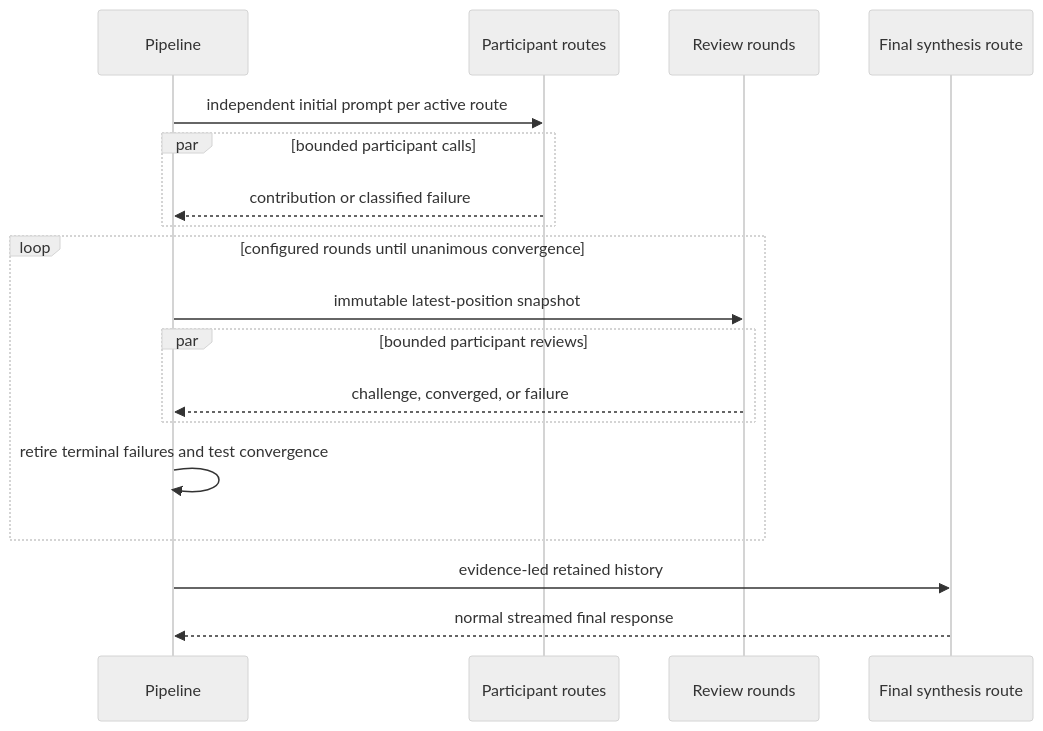
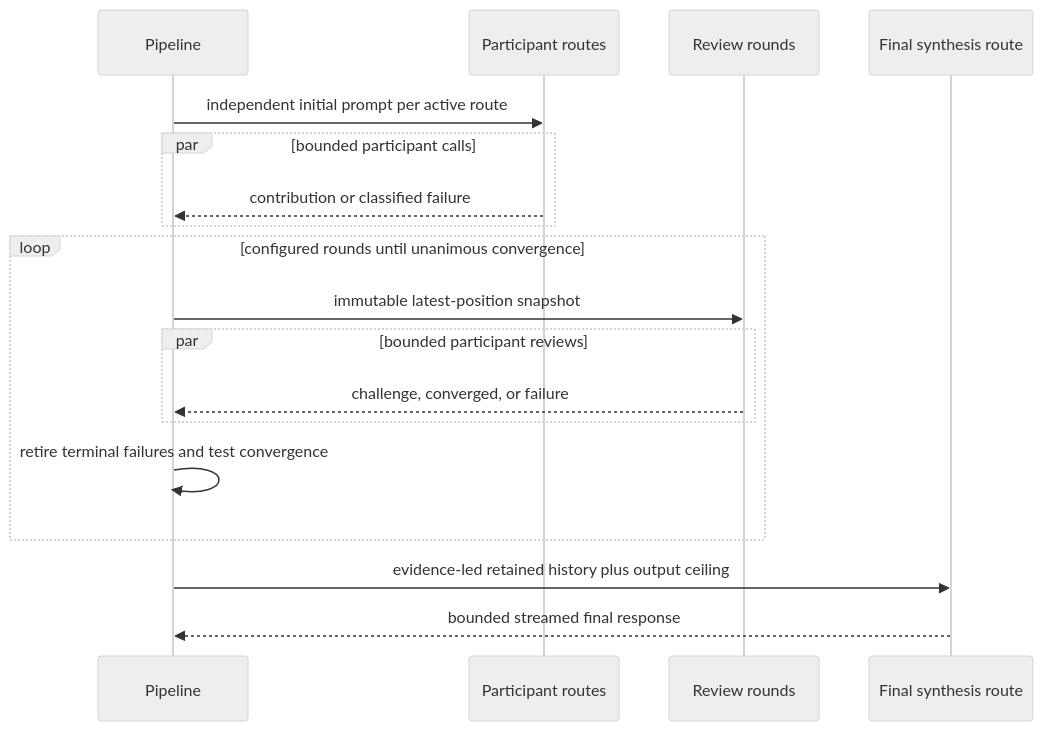
The third of 3 diagrams in src/services/voicePipeline/DESIGN.md (hurrtz/mrbroccoli), drawn with Mermaid (neutral theme) before and after one commit. The commit also changed other lines of this file and 4 other files, not shown here.

````diff
--- a/src/services/voicePipeline/DESIGN.md
+++ b/src/services/voicePipeline/DESIGN.md
@@ -93,21 +93,21 @@
 ```mermaid
 sequenceDiagram
     participant P as Pipeline
     participant A as Participant routes
     participant R as Review rounds
     participant S as Final synthesis route
 
     P->>A: independent initial prompt per active route
     par bounded participant calls
       A-->>P: contribution or classified failure
     end
     loop configured rounds until unanimous convergence
       P->>R: immutable latest-position snapshot
       par bounded participant reviews
         R-->>P: challenge, converged, or failure
       end
       P->>P: retire terminal failures and test convergence
     end
-    P->>S: evidence-led retained history
-    S-->>P: normal streamed final response
+    P->>S: evidence-led retained history plus output ceiling
+    S-->>P: bounded streamed final response
 ```
````
